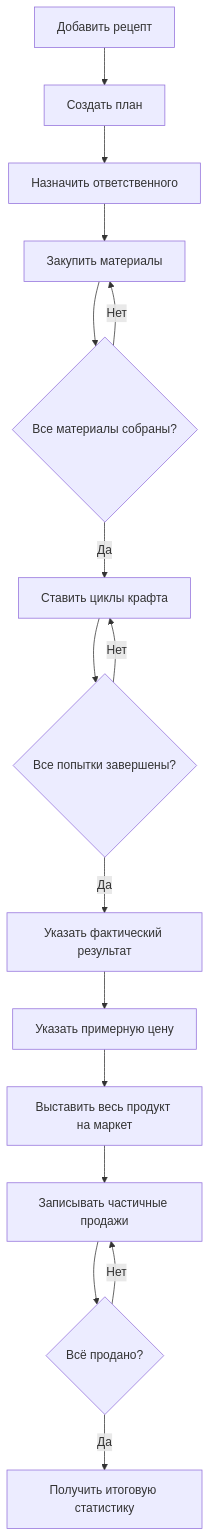
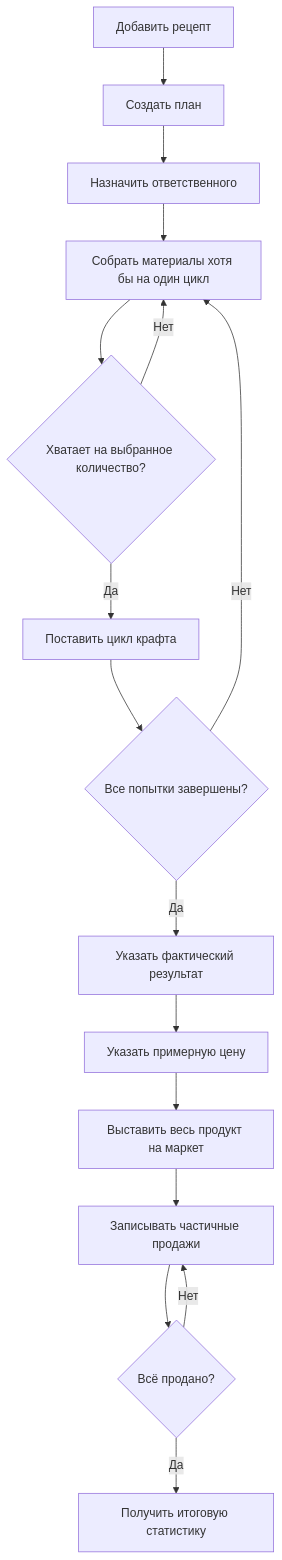
The diagram in docs/craft.md (cdnserver/t-mod), drawn with Mermaid before and after one commit. The commit also changed other lines of this file and 46 other files, not shown here.

````diff
--- a/docs/craft.md
+++ b/docs/craft.md
@@ -22,18 +22,18 @@
 ```mermaid
 flowchart TD
     A[Добавить рецепт] --> B[Создать план]
     B --> C[Назначить ответственного]
-    C --> D[Закупить материалы]
-    D --> E{Все материалы собраны?}
+    C --> D[Собрать материалы хотя бы на один цикл]
+    D --> E{Хватает на выбранное количество?}
     E -- Нет --> D
-    E -- Да --> F[Ставить циклы крафта]
+    E -- Да --> F[Поставить цикл крафта]
     F --> G{Все попытки завершены?}
-    G -- Нет --> F
+    G -- Нет --> D
     G -- Да --> H[Указать фактический результат]
     H --> I[Указать примерную цену]
     I --> J[Выставить весь продукт на маркет]
     J --> K[Записывать частичные продажи]
     K --> L{Всё продано?}
     L -- Нет --> K
     L -- Да --> M[Получить итоговую статистику]
 ```
````
